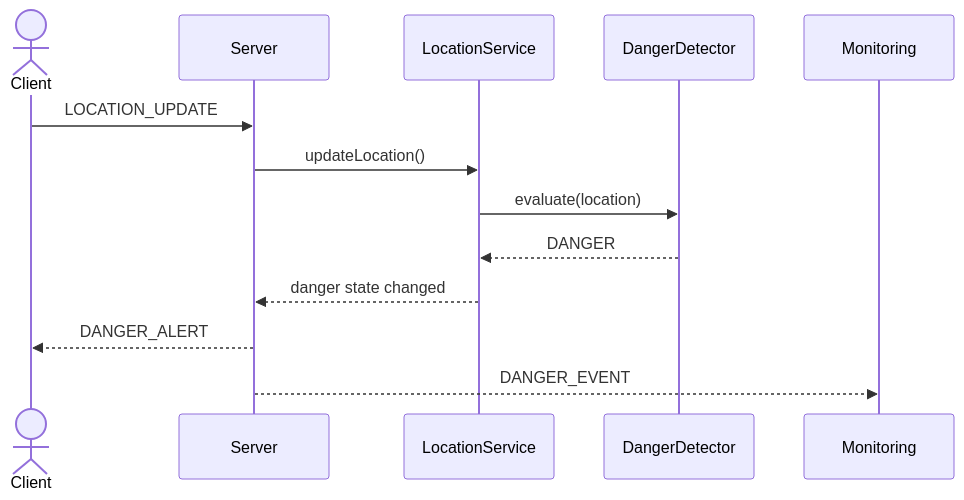
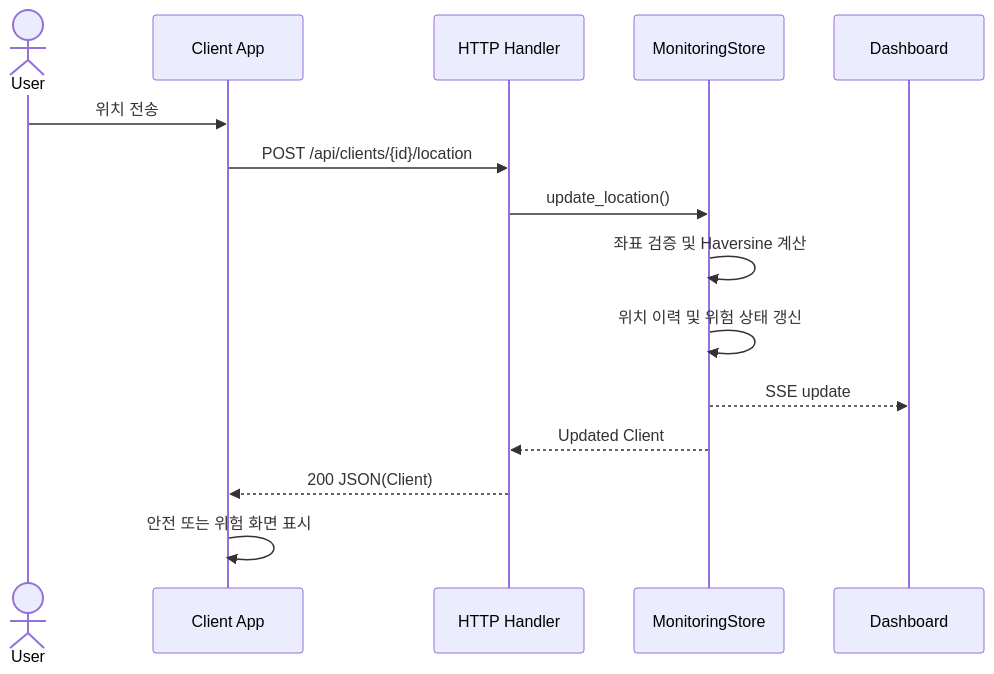
Before and after one commit to xweoze/real-time-monitoring-system: the fourth of 11 diagrams in Design_22212023_김지훈.md, drawn with Mermaid. The commit also changed other lines of this file and 3 other files, not shown here.

````diff
--- a/Design_22212023_김지훈.md
+++ b/Design_22212023_김지훈.md
@@ -469,16 +242,18 @@
 ```mermaid
 sequenceDiagram
-    actor Client
-    participant Server
-    participant LocationService
-    participant DangerDetector
-    participant Monitoring
+    actor User
+    participant App as Client App
+    participant API as HTTP Handler
+    participant Store as MonitoringStore
+    participant Monitor as Dashboard
 
-    Client->>Server: LOCATION_UPDATE
-    Server->>LocationService: updateLocation()
-    LocationService->>DangerDetector: evaluate(location)
-    DangerDetector-->>LocationService: DANGER
-    LocationService-->>Server: danger state changed
-    Server-->>Client: DANGER_ALERT
-    Server-->>Monitoring: DANGER_EVENT
+    User->>App: 위치 전송
+    App->>API: POST /api/clients/{id}/location
+    API->>Store: update_location()
+    Store->>Store: 좌표 검증 및 Haversine 계산
+    Store->>Store: 위치 이력 및 위험 상태 갱신
+    Store-->>Monitor: SSE update
+    Store-->>API: Updated Client
+    API-->>App: 200 JSON(Client)
+    App->>App: 안전 또는 위험 화면 표시
 ```
````
